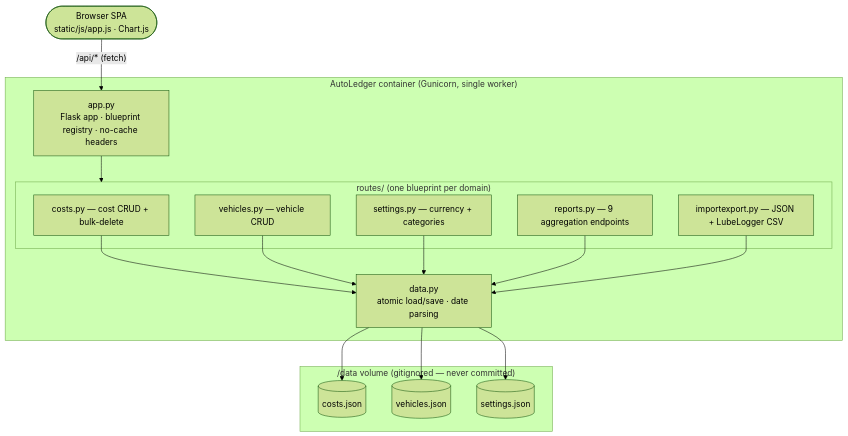
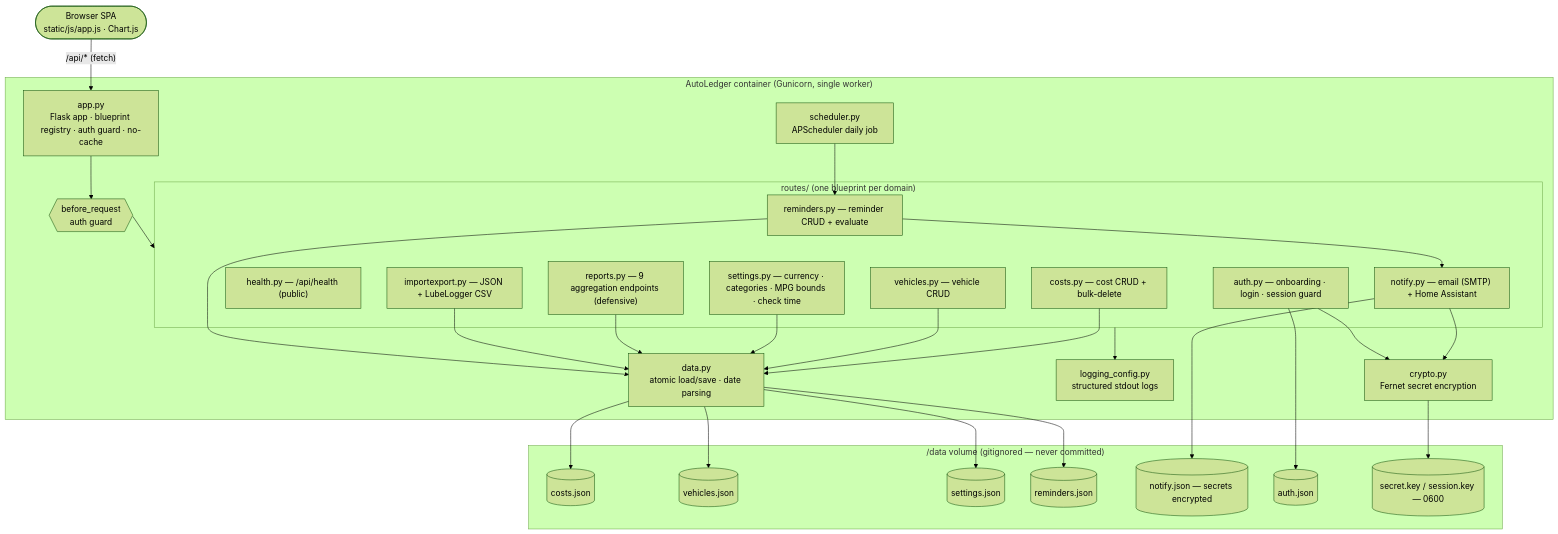
The first of 2 diagrams in HANDOVER.md (quiggles/autoledger), drawn with Mermaid (forest theme) before and after one commit. The commit also changed other lines of this file and 30 other files, not shown here.

First line of the commit message:
v2.0.0 — auth + onboarding, reminders, health/logging, robustness

````diff
--- a/HANDOVER.md
+++ b/HANDOVER.md
@@ -14,31 +15,52 @@
 ```mermaid
 flowchart TB
     browser(["Browser SPA<br/>static/js/app.js · Chart.js"])
 
     subgraph container["AutoLedger container (Gunicorn, single worker)"]
-        app["app.py<br/>Flask app · blueprint registry · no-cache headers"]
+        app["app.py<br/>Flask app · blueprint registry · auth guard · no-cache"]
+        guard{{"before_request<br/>auth guard"}}
         subgraph routes["routes/ (one blueprint per domain)"]
+            auth["auth.py — onboarding · login · session guard"]
+            health["health.py — /api/health (public)"]
             costs["costs.py — cost CRUD + bulk-delete"]
             vehicles["vehicles.py — vehicle CRUD"]
-            settings["settings.py — currency + categories"]
-            reports["reports.py — 9 aggregation endpoints"]
+            settings["settings.py — currency · categories · MPG bounds · check time"]
+            reports["reports.py — 9 aggregation endpoints (defensive)"]
             io["importexport.py — JSON + LubeLogger CSV"]
+            reminders["reminders.py — reminder CRUD + evaluate"]
+            notify["notify.py — email (SMTP) + Home Assistant"]
         end
+        sched["scheduler.py<br/>APScheduler daily job"]
+        crypto["crypto.py<br/>Fernet secret encryption"]
+        logc["logging_config.py<br/>structured stdout logs"]
         data["data.py<br/>atomic load/save · date parsing"]
     end
 
     subgraph vol["/data volume (gitignored — never committed)"]
         cj[("costs.json")]
         vj[("vehicles.json")]
         sj[("settings.json")]
+        rj[("reminders.json")]
+        nj[("notify.json — secrets encrypted")]
+        aj[("auth.json")]
+        sk[("secret.key / session.key — 0600")]
     end
 
     browser -->|"/api/* (fetch)"| app
-    app --> routes
+    app --> guard --> routes
+    sched --> reminders
+    reminders --> notify
+    notify --> crypto
+    auth --> crypto
     costs --> data
     vehicles --> data
     settings --> data
     reports --> data
     io --> data
-    data --> cj & vj & sj
+    reminders --> data
+    data --> cj & vj & sj & rj
+    auth --> aj
+    notify --> nj
+    crypto --> sk
+    routes --> logc
 ```
````
